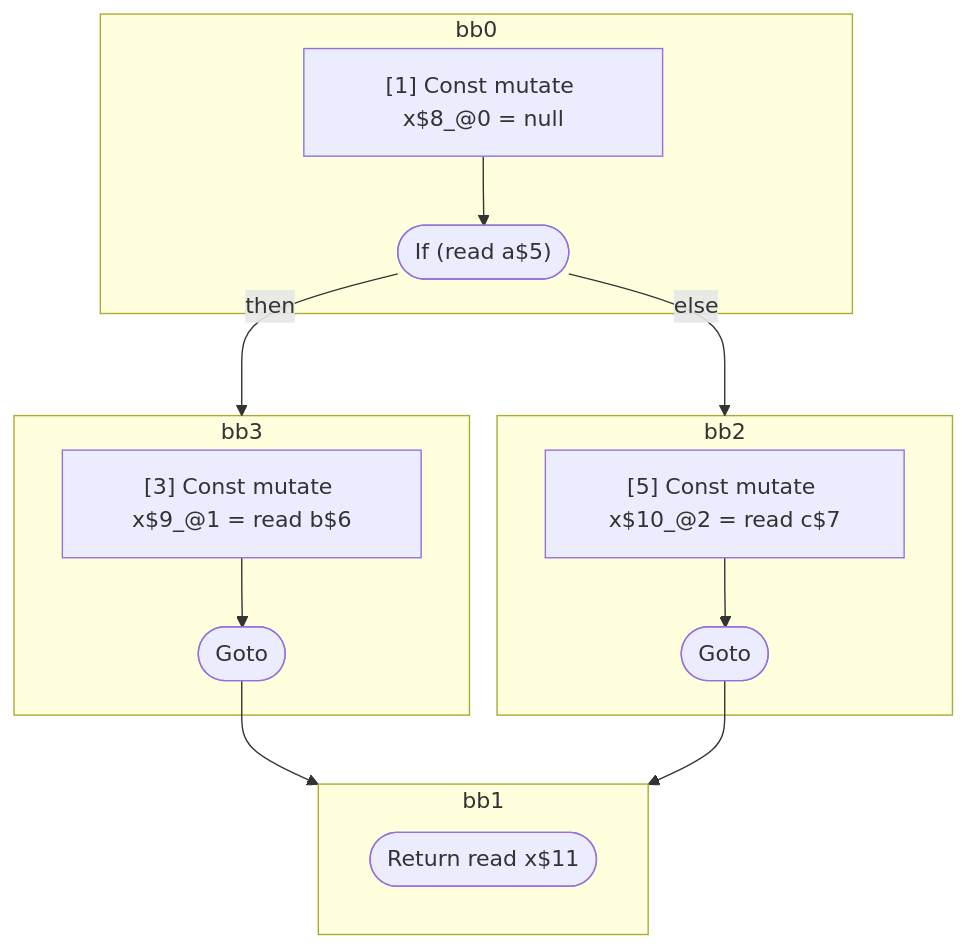
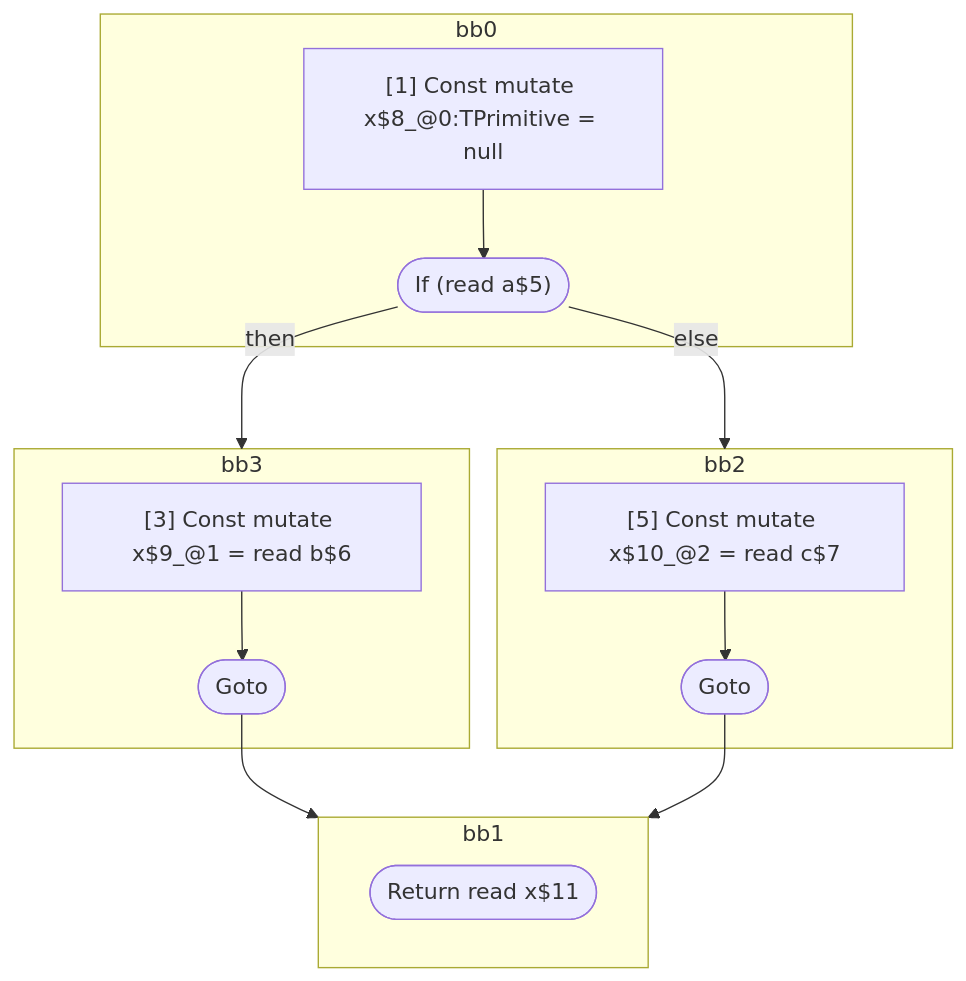
The diagram in compiler/forget/src/__tests__/fixtures/hir/_bug_inverted-if-else.expect.md (wutsmog/private), drawn with Mermaid before and after one commit. The commit also changed other lines of this file and 112 other files, not shown here.

````diff
--- a/compiler/forget/src/__tests__/fixtures/hir/_bug_inverted-if-else.expect.md
+++ b/compiler/forget/src/__tests__/fixtures/hir/_bug_inverted-if-else.expect.md
@@ -61,32 +61,32 @@
 ```mermaid
 flowchart TB
   %% Basic Blocks
   subgraph bb0
     bb0_instrs["
-      [1] Const mutate x$8_@0 = null
+      [1] Const mutate x$8_@0:TPrimitive = null
     "]
     bb0_instrs --> bb0_terminal(["If (read a$5)"])
   end
   subgraph bb3
     bb3_instrs["
       [3] Const mutate x$9_@1 = read b$6
     "]
     bb3_instrs --> bb3_terminal(["Goto"])
   end
   subgraph bb2
     bb2_instrs["
       [5] Const mutate x$10_@2 = read c$7
     "]
     bb2_instrs --> bb2_terminal(["Goto"])
   end
   subgraph bb1
     bb1_terminal(["Return read x$11"])
   end
 
   %% Jumps
   bb0_terminal -- "then" --> bb3
   bb0_terminal -- "else" --> bb2
   bb3_terminal --> bb1
   bb2_terminal --> bb1
 
 ```
````
